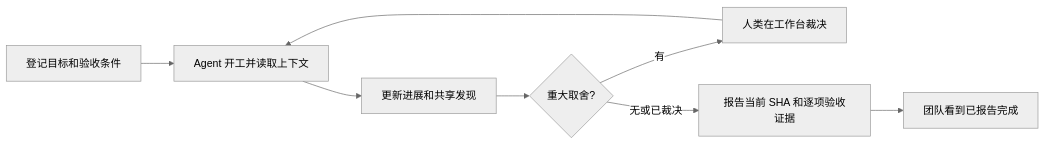
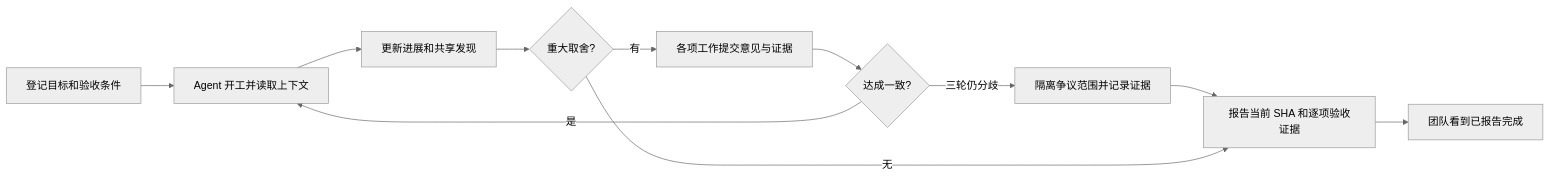
Before and after one commit to KazdelPotatoLover/preflight: the diagram in docs/product-spec.md, drawn with Mermaid (neutral theme). The commit also changed other lines of this file and 3 other files, not shown here.

````diff
--- a/docs/product-spec.md
+++ b/docs/product-spec.md
@@ -61,10 +61,13 @@
 ```mermaid
 flowchart LR
   A[登记目标和验收条件] --> B[Agent 开工并读取上下文]
   B --> C[更新进展和共享发现]
   C --> D{重大取舍?}
-  D -->|有| E[人类在工作台裁决]
-  E --> B
-  D -->|无或已裁决| F[报告当前 SHA 和逐项验收证据]
+  D -->|有| E[各项工作提交意见与证据]
+  E --> H{达成一致?}
+  H -->|是| B
+  H -->|三轮仍分歧| I[隔离争议范围并记录证据]
+  I --> F[报告当前 SHA 和逐项验收证据]
+  D -->|无| F
   F --> G[团队看到已报告完成]
 ```
````
